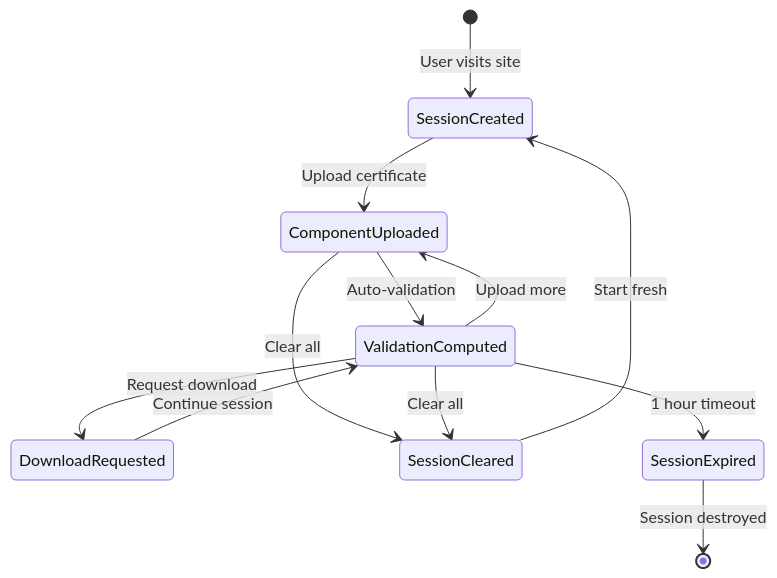
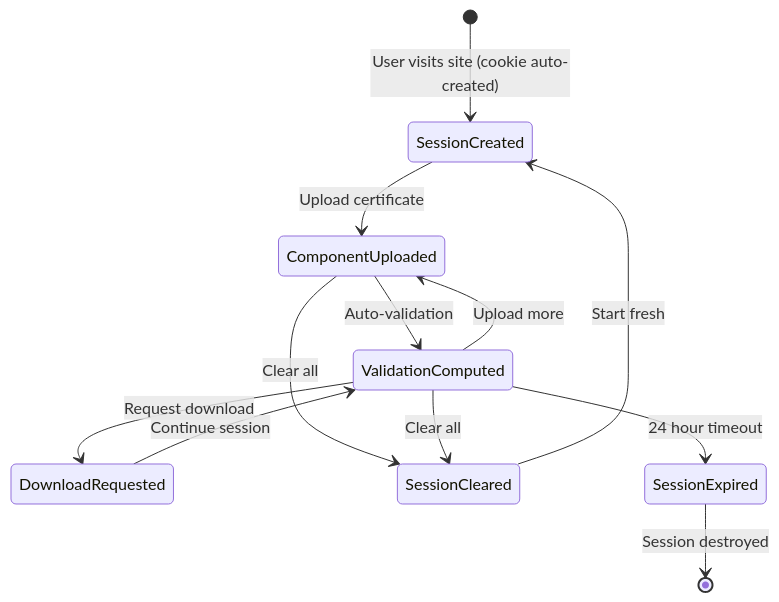
The tenth of 11 diagrams in TECHNICAL.md (fuhdan/certificate-tools), drawn with Mermaid before and after one commit. The commit also changed other lines of this file and 1 other file, not shown here.

````diff
--- a/TECHNICAL.md
+++ b/TECHNICAL.md
@@ -823,14 +952,14 @@
 ```mermaid
 stateDiagram-v2
-    [*] --> SessionCreated: User visits site
+    [*] --> SessionCreated: User visits site (cookie auto-created)
     SessionCreated --> ComponentUploaded: Upload certificate
     ComponentUploaded --> ValidationComputed: Auto-validation
     ValidationComputed --> ComponentUploaded: Upload more
     ValidationComputed --> DownloadRequested: Request download
     DownloadRequested --> ValidationComputed: Continue session
     ComponentUploaded --> SessionCleared: Clear all
     ValidationComputed --> SessionCleared: Clear all
     SessionCleared --> SessionCreated: Start fresh
-    ValidationComputed --> SessionExpired: 1 hour timeout
+    ValidationComputed --> SessionExpired: 24 hour timeout
     SessionExpired --> [*]: Session destroyed
 ```
````
